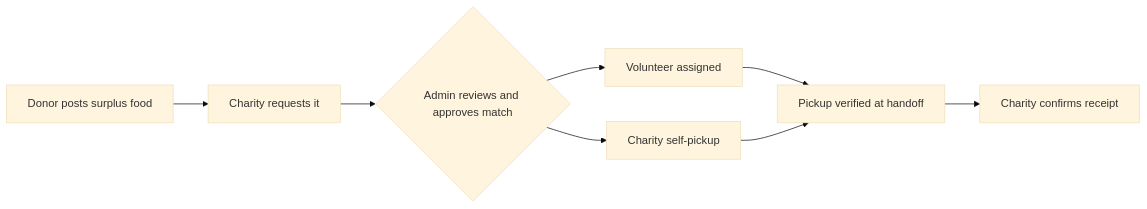
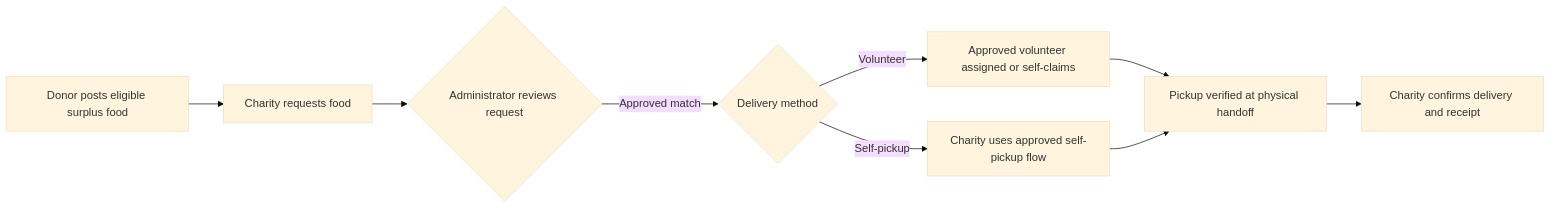
Before and after one commit to mohidlatif/servacibum: the diagram in README.md, drawn with Mermaid (base theme). The commit also changed other lines of this file, not shown here.

````diff
--- a/README.md
+++ b/README.md
@@ -60,10 +59,11 @@
 ```mermaid
 flowchart LR
-    A[Donor posts surplus food] --> B[Charity requests it]
-    B --> C{Admin reviews and approves match}
-    C --> D[Volunteer assigned]
-    C --> E[Charity self-pickup]
-    D --> F[Pickup verified at handoff]
-    E --> F
-    F --> G[Charity confirms receipt]
+    A[Donor posts eligible surplus food] --> B[Charity requests food]
+    B --> C{Administrator reviews request}
+    C -->|Approved match| D{Delivery method}
+    D -->|Volunteer| E[Approved volunteer assigned or self-claims]
+    D -->|Self-pickup| F[Charity uses approved self-pickup flow]
+    E --> G[Pickup verified at physical handoff]
+    F --> G
+    G --> H[Charity confirms delivery and receipt]
 ```
````
